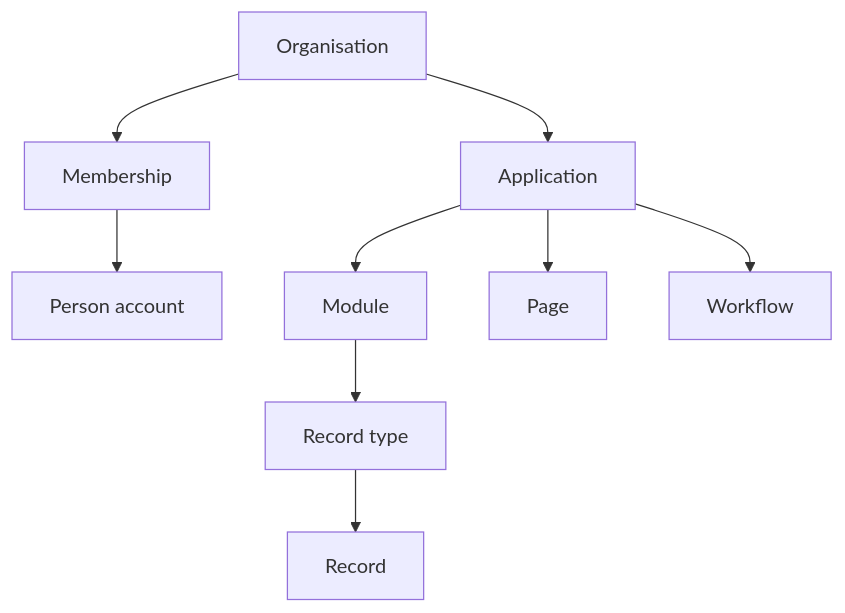
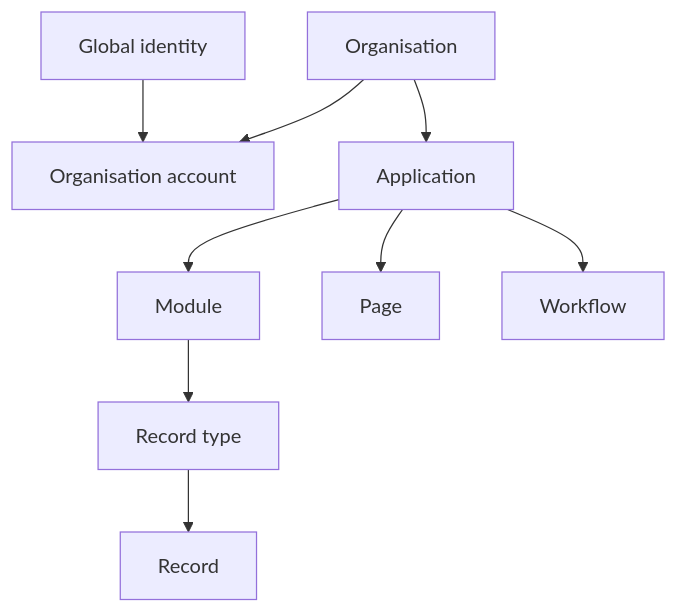
One commit to Abzum-NZ/Abzum-Vortex changed the diagram in docs/specification/appendices/glossary.md. Above: the diagram before and after it, drawn with Mermaid. The commit also changed other lines of this file and 21 other files, not shown here.

````diff
--- a/docs/specification/appendices/glossary.md
+++ b/docs/specification/appendices/glossary.md
@@ -5,11 +5,11 @@
 ```mermaid
 flowchart TD
-    ORG[Organisation] --> MEMBER[Membership]
-    MEMBER --> PERSON[Person account]
+    IDENTITY[Global identity] --> ACCOUNT[Organisation account]
+    ORG[Organisation] --> ACCOUNT
     ORG --> APP[Application]
     APP --> MODULE[Module]
     MODULE --> TYPE[Record type]
     TYPE --> RECORD[Record]
     APP --> PAGE[Page]
     APP --> WORKFLOW[Workflow]
 ```
````
